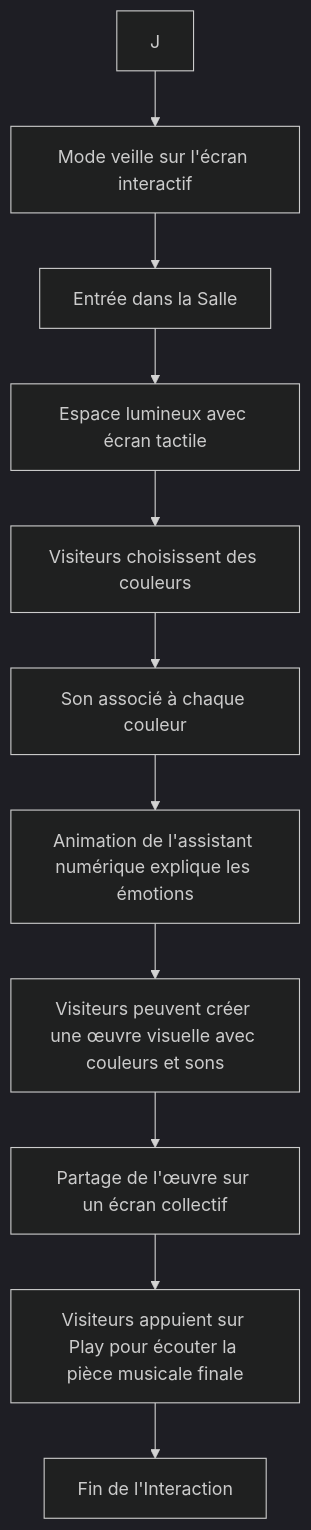
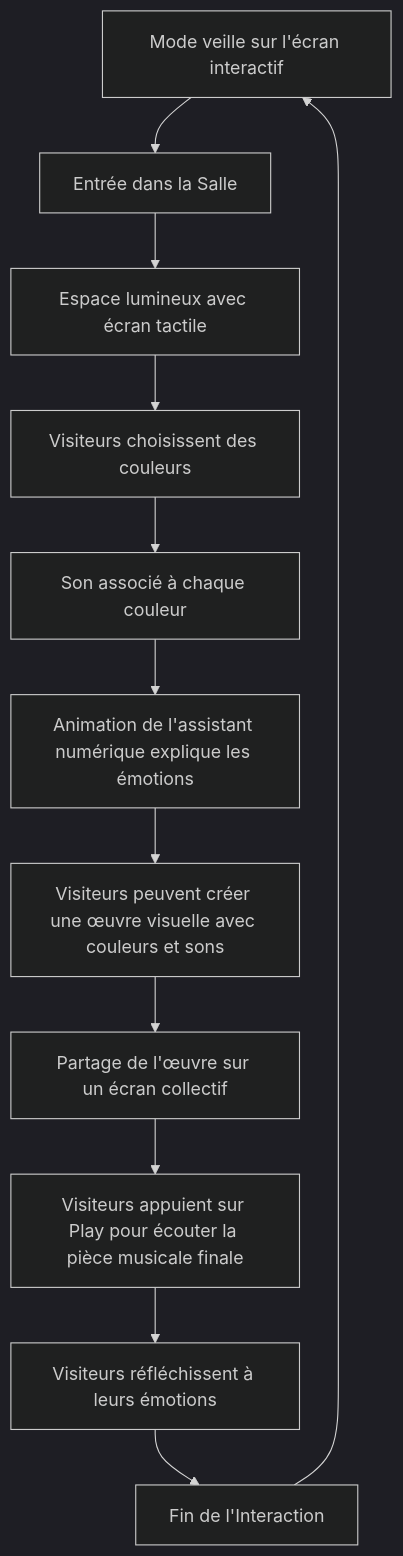
One commit to TristanKhadka11/EF-3 changed the diagram in README.md. Above: the diagram before and after it, drawn with Mermaid (dark theme).

````diff
--- a/README.md
+++ b/README.md
@@ -22,17 +22,18 @@
 ```mermaid
 
 graph TD
     A[Mode veille sur l'écran interactif] --> B[Entrée dans la Salle]
     B --> C[Espace lumineux avec écran tactile]
     C --> D[Visiteurs choisissent des couleurs]
     D --> E[Son associé à chaque couleur]
     E --> F[Animation de l'assistant numérique explique les émotions]
     
     F --> G[Visiteurs peuvent créer une œuvre visuelle avec couleurs et sons]
     G --> H[Partage de l'œuvre sur un écran collectif]
     H --> I[Visiteurs appuient sur Play pour écouter la pièce musicale finale]
 
-    I --> K[Fin de l'Interaction]
-    J --> A
+    I --> J[Visiteurs réfléchissent à leurs émotions]
+    J --> K[Fin de l'Interaction]
+    K --> A
 
 ```
````
